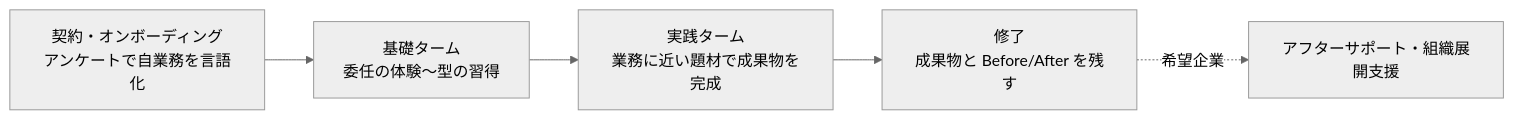
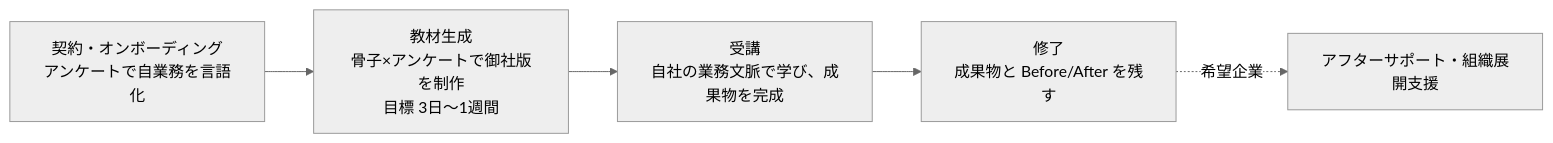
One commit to coachtech-material/pj_X changed the diagram in CLAUDE.md. Above: the diagram before and after it, drawn with Mermaid (neutral theme). The commit also changed other lines of this file, not shown here.

````diff
--- a/CLAUDE.md
+++ b/CLAUDE.md
@@ -87,10 +86,10 @@
 ```mermaid
 flowchart LR
     A["契約・オンボーディング<br>アンケートで自業務を言語化"]
-    B["基礎ターム<br>委任の体験〜型の習得"]
-    C["実践ターム<br>業務に近い題材で成果物を完成"]
+    B["教材生成<br>骨子×アンケートで御社版を制作<br>目標 3日〜1週間"]
+    C["受講<br>自社の業務文脈で学び、成果物を完成"]
     D["修了<br>成果物と Before/After を残す"]
     E["アフターサポート・組織展開支援"]
     A --> B --> C --> D
     D -. 希望企業 .-> E
 ```
````
